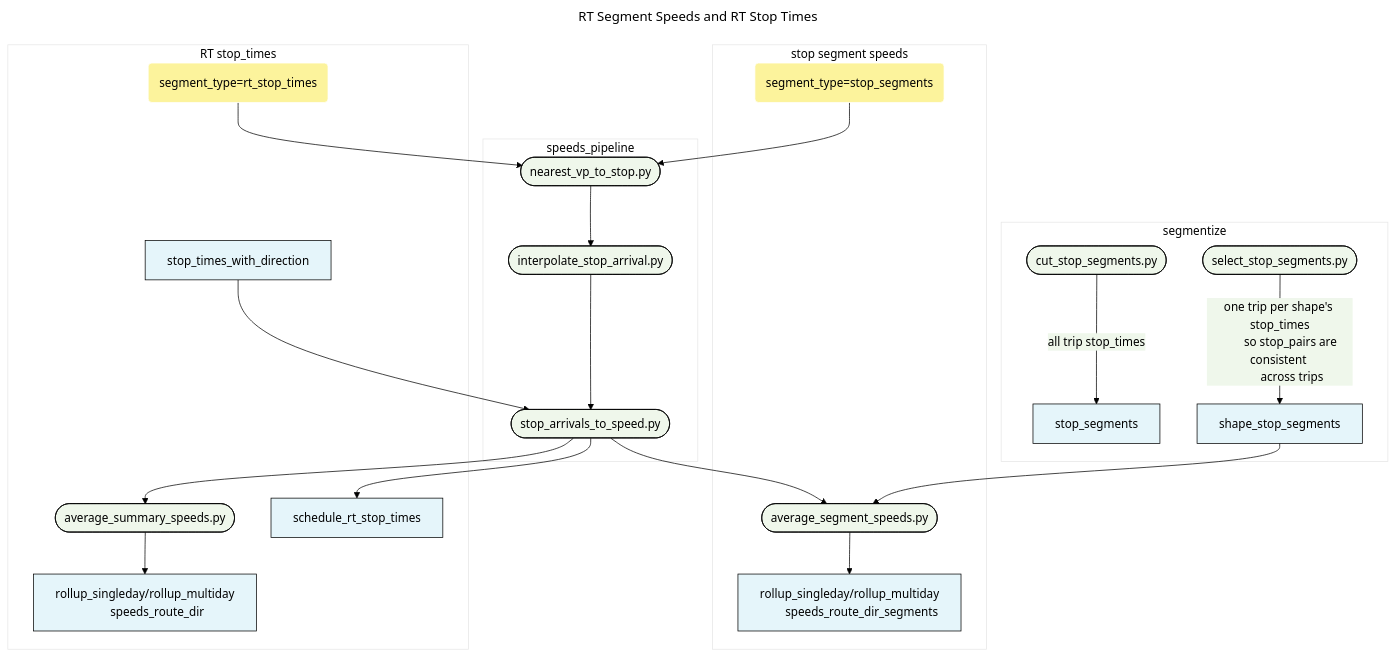
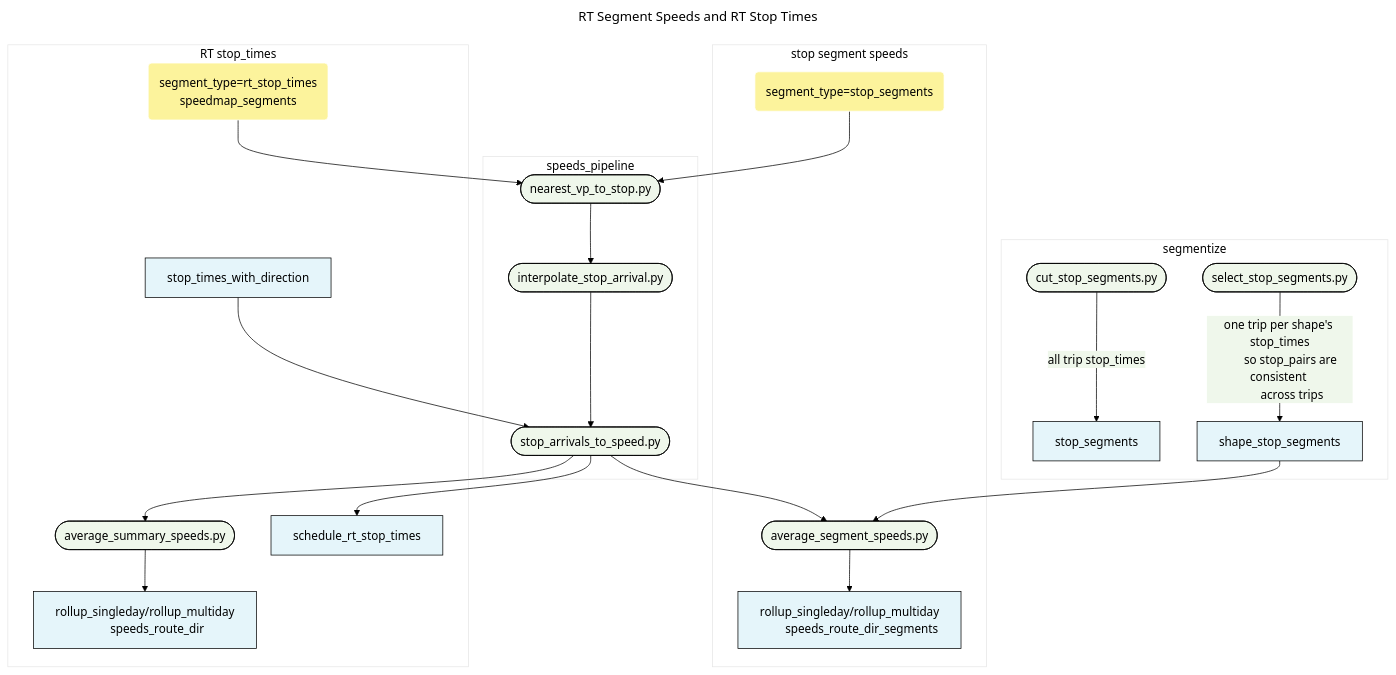
One commit to cal-itp/data-analyses changed the second of 4 diagrams in gtfs_funnel/mermaid.md. Above: the diagram before and after it, drawn with Mermaid. The commit also changed 1 other file, not shown here.

Commit message:
add oct2024 to readme table

````diff
--- a/gtfs_funnel/mermaid.md
+++ b/gtfs_funnel/mermaid.md
@@ -74,65 +74,65 @@
 ```mermaid
 ---
 title: RT Segment Speeds and RT Stop Times
 ---
 %%{
   init: {
     'theme': 'base',
     'themeVariables': {
       'primaryColor': '#E5F5FA',
       'primaryTextColor': '#000',
       'primaryBorderColor': '#000',
       'lineColor': '#000',
       'secondaryColor': '#EFF7EB',
       'tertiaryColor': '#fff'
     }
   }
 }%%
 
 flowchart TB
     subgraph segmentize
         classDef df fill:#E5F5FA
         classDef script fill:#EFF7EB
         classDef segmentType fill:#FCF39C, stroke:#fff
 
         A1([cut_stop_segments.py]):::script -- 
             all trip stop_times --> 
             A[stop_segments]:::df;
         B1([select_stop_segments.py]):::script -- 
         one trip per shape's stop_times
         so stop_pairs are consistent 
         across trips -->
         B[shape_stop_segments];
 
         
     end
 
     subgraph speeds_pipeline
 
         C([nearest_vp_to_stop.py]):::script --> 
             D([interpolate_stop_arrival.py]):::script --> 
             E([stop_arrivals_to_speed.py]):::script; 
 
     end
 
     subgraph stop segment speeds
         F(segment_type=stop_segments):::segmentType --> 
             C;
         E --> G([average_segment_speeds.py]):::script -->
         H[rollup_singleday/rollup_multiday
         speeds_route_dir_segments]:::df;
         B --> G; 
 
     end
 
     subgraph RT stop_times
-        J(segment_type=rt_stop_times):::segmentType --> 
+        J(segment_type=rt_stop_times<br>speedmap_segments):::segmentType --> 
             C;
         E --> K([average_summary_speeds.py]):::script -->
         L[rollup_singleday/rollup_multiday
         speeds_route_dir];
         M[stop_times_with_direction] --> E --> 
         N[schedule_rt_stop_times];
 
     end
 ```
````
